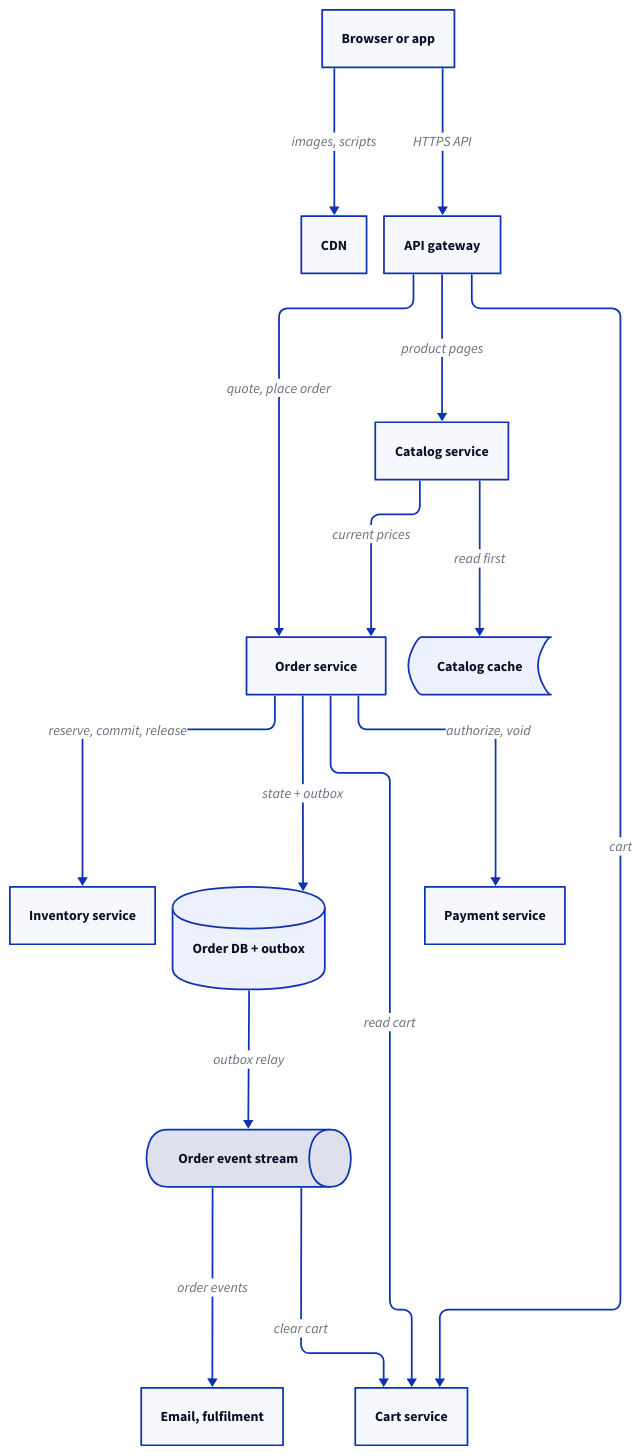
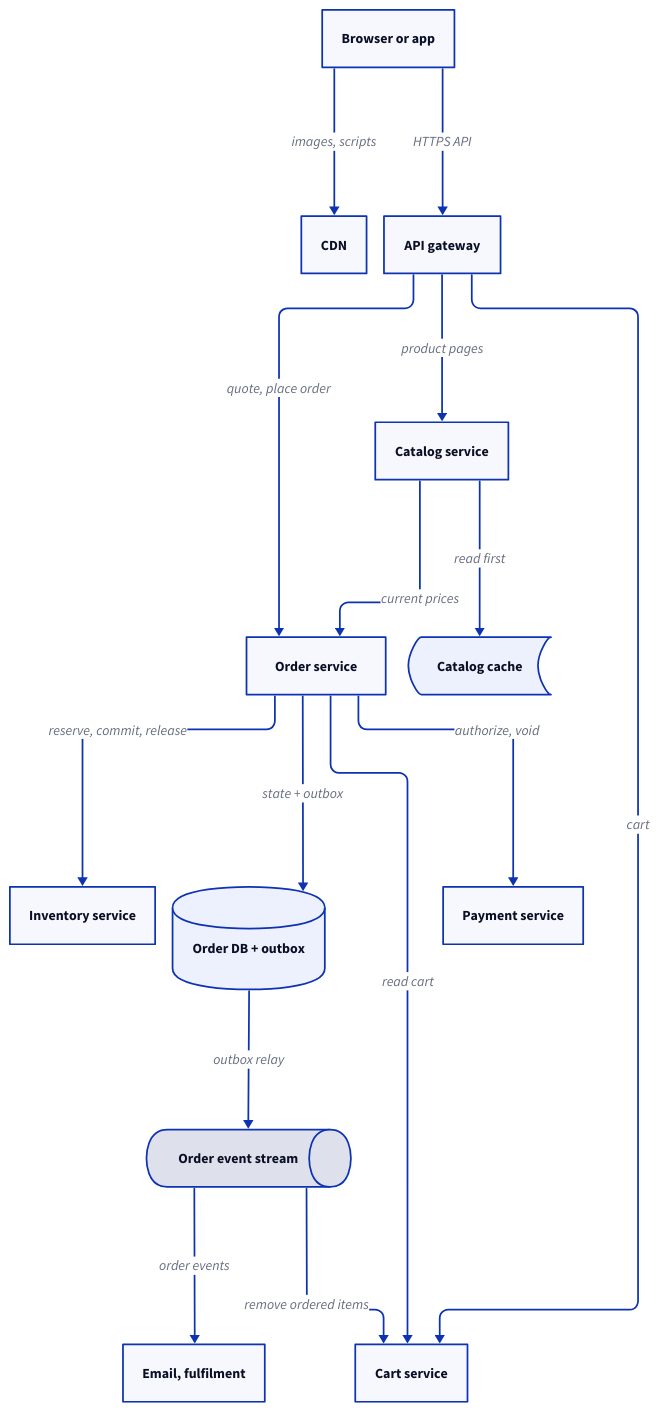
One commit to enbattle/til changed the diagram in src/system-design/diagrams/ecommerce-checkout/architecture.d2. Above: the diagram before and after it, drawn with D2. The commit also changed 13 other files, not shown here.

```diff
--- a/src/system-design/diagrams/ecommerce-checkout/architecture.d2
+++ b/src/system-design/diagrams/ecommerce-checkout/architecture.d2
@@ -1,39 +1,39 @@
 # High-level architecture of the e-commerce checkout: catalog reads from a
 # cache, carts in their own store, and the order service orchestrating
 # inventory and payment, with order events published through an outbox.
 direction: down
 vars: { d2-config: { layout-engine: elk } }
 
 client: Browser or app
 cdn: CDN
 gw: API gateway
 catalog: Catalog service
 ccache: Catalog cache {
   shape: stored_data
 }
 cart: Cart service
 order: Order service
 orderdb: Order DB + outbox {
   shape: cylinder
 }
 inv: Inventory service
 pay: Payment service
 events: Order event stream {
   shape: queue
 }
 consumers: "Email, fulfilment"
 
 client -> cdn: "images, scripts"
 client -> gw: "HTTPS API"
 gw -> catalog: "product pages"
 gw -> cart: "cart"
 gw -> order: "quote, place order"
 catalog -> ccache: "read first"
 order -> cart: "read cart"
 catalog -> order: "current prices"
 order -> orderdb: "state + outbox"
 order -> inv: "reserve, commit, release"
 order -> pay: "authorize, void"
 orderdb -> events: "outbox relay"
-events -> cart: "clear cart"
+events -> cart: "remove ordered items"
 events -> consumers: "order events"
```
